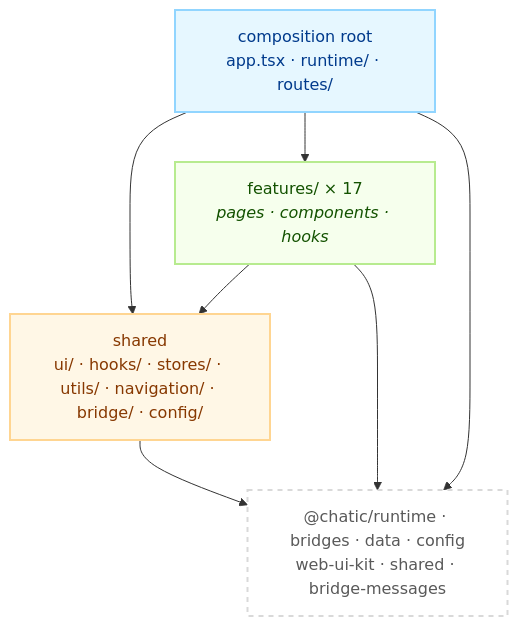
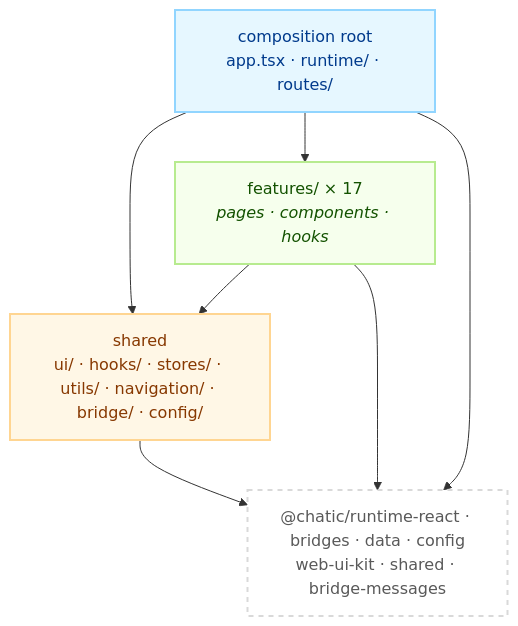
The diagram in apps/web/docs/README.md (lemoncloud-io/dou-app), drawn with Mermaid before and after one commit. The commit also changed other lines of this file and 1018 other files, not shown here.

First line of the commit message:
refactor(runtime): import the runtime from @chatic/runtime-react in the react apps

````diff
--- a/apps/web/docs/README.md
+++ b/apps/web/docs/README.md
@@ -41,19 +41,19 @@
 ```mermaid
 flowchart TD
     classDef root fill:#e6f7ff,stroke:#91d5ff,stroke-width:2px,color:#003a8c;
     classDef feat fill:#f6ffed,stroke:#b7eb8f,stroke-width:2px,color:#135200;
     classDef shared fill:#fff7e6,stroke:#ffd591,stroke-width:2px,color:#873800;
     classDef ext fill:#ffffff,stroke:#d9d9d9,stroke-width:2px,color:#595959,stroke-dasharray: 5 5;
 
     Root["composition root<br/>app.tsx · runtime/ · routes/"]:::root
     Feat["features/ × 17<br/><i>pages · components · hooks</i>"]:::feat
     Shared["shared<br/>ui/ · hooks/ · stores/ · utils/ · navigation/ · bridge/ · config/"]:::shared
-    Libs["@chatic/runtime · bridges · data · config<br/>web-ui-kit · shared · bridge-messages"]:::ext
+    Libs["@chatic/runtime-react · bridges · data · config<br/>web-ui-kit · shared · bridge-messages"]:::ext
 
     Root --> Feat
     Root --> Shared
     Feat --> Shared
     Shared --> Libs
     Feat --> Libs
     Root --> Libs
 ```
````
